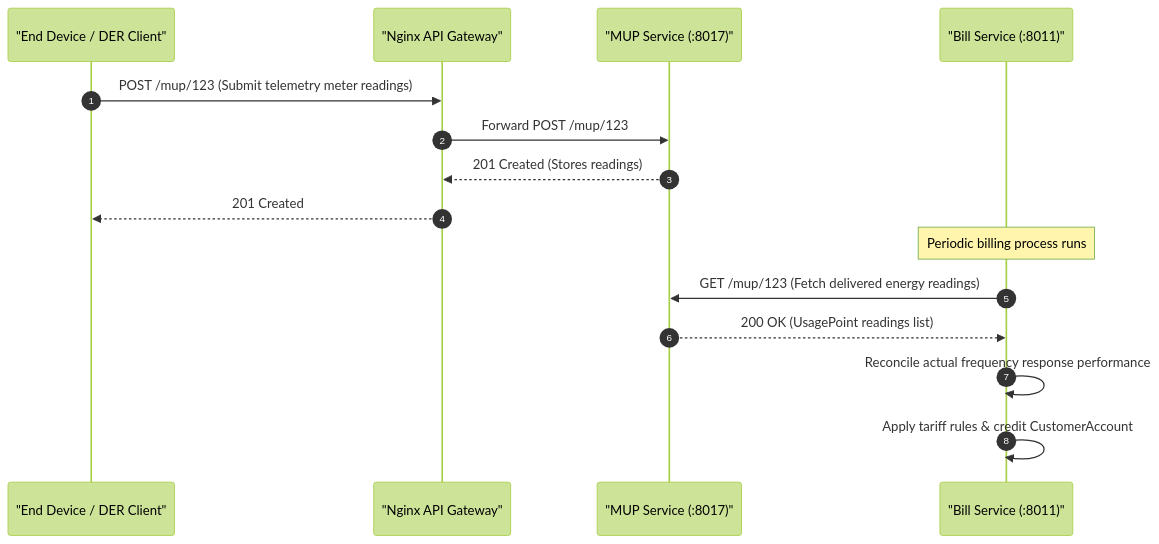
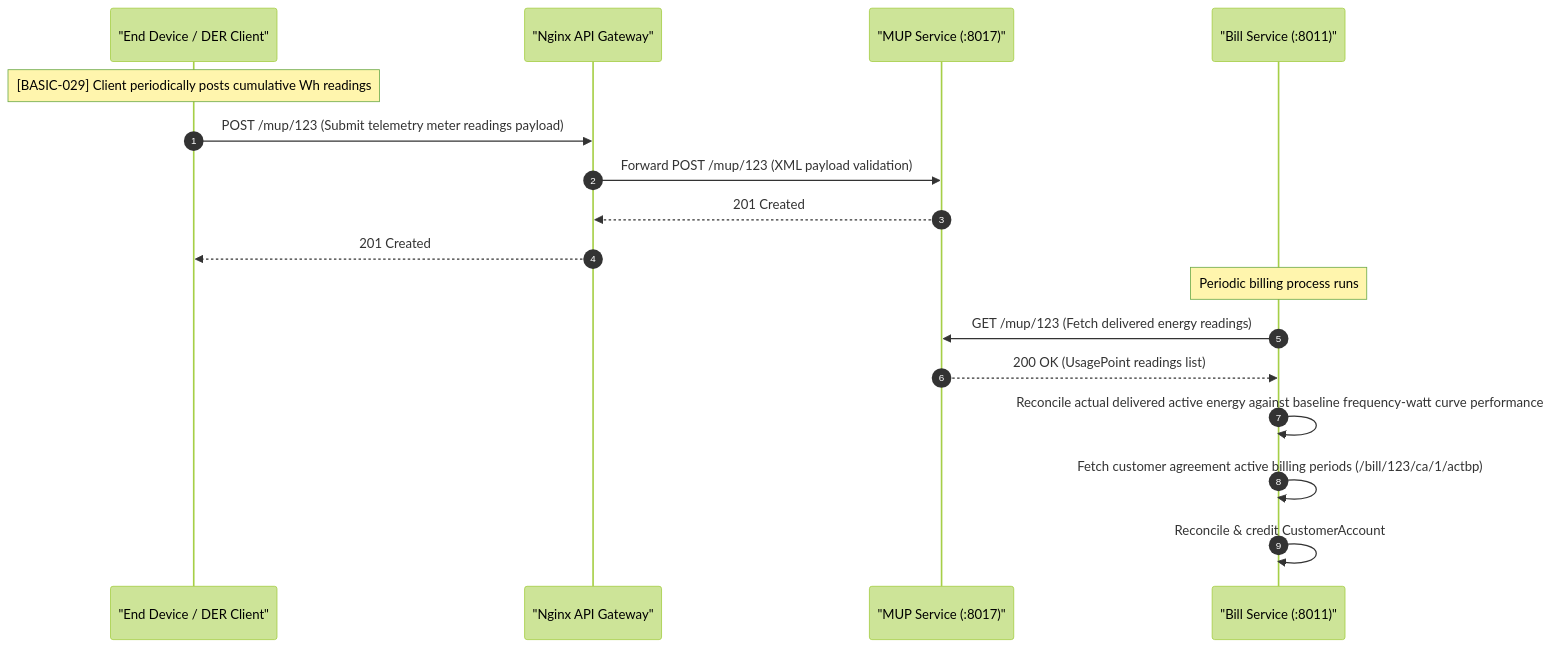
Before and after one commit to Tylores/egot: the sixth of 6 diagrams in lifecycles/frequency_response.md, drawn with Mermaid (forest theme). The commit also changed other lines of this file and 68 other files, not shown here.

Commit message:
refactor: migrate to microservices architecture, add validation tools and scenario tests

````diff
--- a/lifecycles/frequency_response.md
+++ b/lifecycles/frequency_response.md
@@ -128,19 +193,22 @@
 ```mermaid
 sequenceDiagram
     autonumber
     participant Client as "End Device / DER Client"
     participant GW as "Nginx API Gateway"
     participant MUP as "MUP Service (:8017)"
     participant Bill as "Bill Service (:8011)"
 
-    Client->>GW: POST /mup/123 (Submit telemetry meter readings)
-    GW->>MUP: Forward POST /mup/123
-    MUP-->>GW: 201 Created (Stores readings)
+    Note over Client: [BASIC-029] Client periodically posts cumulative Wh readings
+    Client->>GW: POST /mup/123 (Submit telemetry meter readings payload)
+    GW->>MUP: Forward POST /mup/123 (XML payload validation)
+    MUP-->>GW: 201 Created
     GW-->>Client: 201 Created
 
     Note over Bill: Periodic billing process runs
     Bill->>MUP: GET /mup/123 (Fetch delivered energy readings)
     MUP-->>Bill: 200 OK (UsagePoint readings list)
-    Bill->>Bill: Reconcile actual frequency response performance
-    Bill->>Bill: Apply tariff rules & credit CustomerAccount
+    
+    Bill->>Bill: Reconcile actual delivered active energy against baseline frequency-watt curve performance
+    Bill->>Bill: Fetch customer agreement active billing periods (/bill/123/ca/1/actbp)
+    Bill->>Bill: Reconcile & credit CustomerAccount
 ```
````
